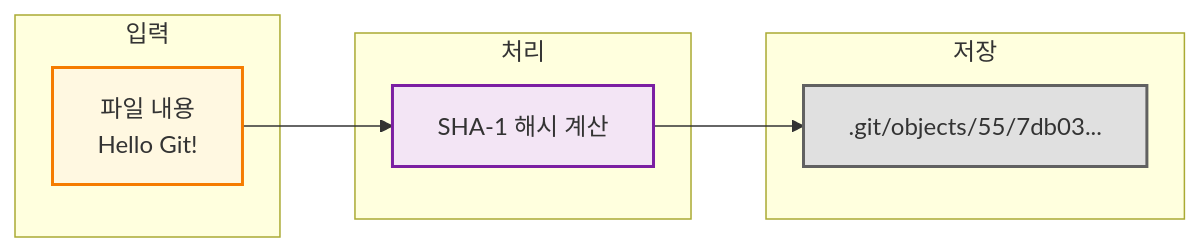
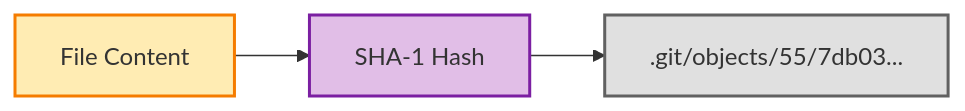
Before and after one commit to hiddenpunch/hiddenpunch.github.io: the second of 8 diagrams in content/posts/git-internals-01-object-storage.md, drawn with Mermaid. The commit also changed other lines of this file, not shown here.

Commit message:
Simplify Mermaid: English only, code blocks

````diff
--- a/content/posts/git-internals-01-object-storage.md
+++ b/content/posts/git-internals-01-object-storage.md
@@ -86,20 +86,12 @@
-<div class="mermaid">
+```mermaid
 flowchart LR
-    subgraph input[입력]
-        A[파일 내용<br/>Hello Git!]
-    end
-    
-    subgraph process[처리]
-        B[SHA-1 해시 계산]
-    end
-    
-    subgraph output[저장]
-        C[.git/objects/55/7db03...]
-    end
+    A[File Content]
+    B[SHA-1 Hash]
+    C[.git/objects/55/7db03...]
     
     A --> B --> C
     
-    style A fill:#fff8e1,stroke:#f57c00,stroke-width:2px
-    style B fill:#f3e5f5,stroke:#7b1fa2,stroke-width:2px
+    style A fill:#ffecb3,stroke:#f57c00,stroke-width:2px
+    style B fill:#e1bee7,stroke:#7b1fa2,stroke-width:2px
     style C fill:#e0e0e0,stroke:#616161,stroke-width:2px
-</div>
+```
````
